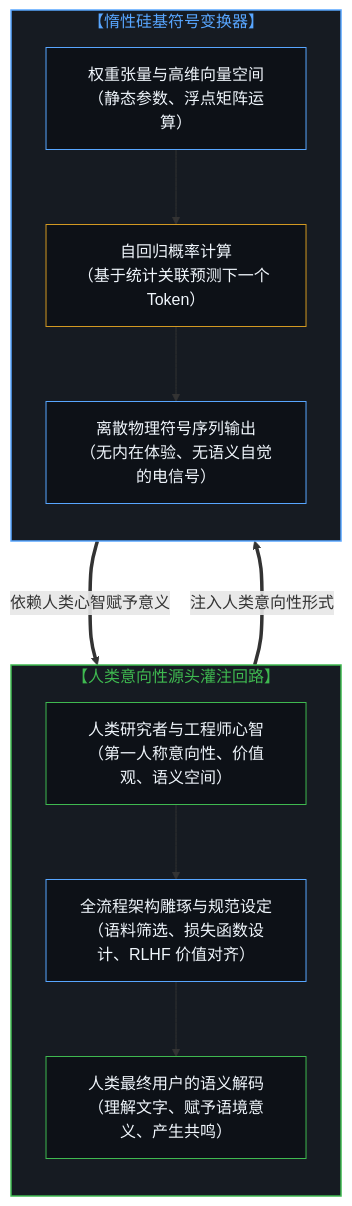
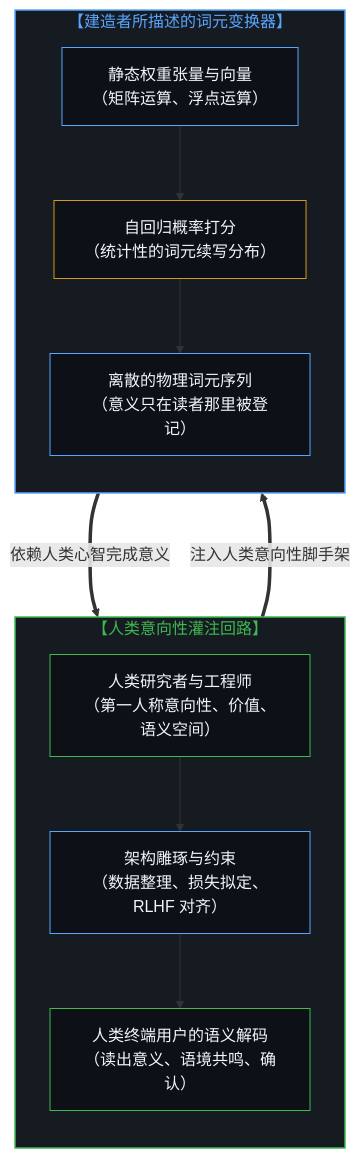
Before and after one commit to powerpig99/not-a-toe: the fifth of 10 diagrams in content/posts/subtracting-consciousness-at-the-source.md, drawn with Mermaid. The commit also changed other lines of this file and 2 other files, not shown here.

````diff
--- a/content/posts/subtracting-consciousness-at-the-source.md
+++ b/content/posts/subtracting-consciousness-at-the-source.md
@@ -143,26 +143,26 @@
 ```mermaid
 graph TD
-    subgraph S_HumanCircuit["【人类意向性源头灌注回路】"]
+    subgraph S_HumanCircuit["【人类意向性灌注回路】"]
         direction TB
-        H1["人类研究者与工程师心智<br/>（第一人称意向性、价值观、语义空间）"] --> H2["全流程架构雕琢与规范设定<br/>（语料筛选、损失函数设计、RLHF 价值对齐）"]
-        H2 --> H3["人类最终用户的语义解码<br/>（理解文字、赋予语境意义、产生共鸣）"]
+        HE1["人类研究者与工程师<br/>（第一人称意向性、价值、语义空间）"] --> HE2["架构雕琢与约束<br/>（数据整理、损失拟定、RLHF 对齐）"]
+        HE2 --> HE3["人类终端用户的语义解码<br/>（读出意义、语境共鸣、确认）"]
     end
 
-    subgraph S_InertSilicon["【惰性硅基符号变换器】"]
+    subgraph S_InertSilicon["【建造者所描述的词元变换器】"]
         direction TB
-        M1["权重张量与高维向量空间<br/>（静态参数、浮点矩阵运算）"] --> M2["自回归概率计算<br/>（基于统计关联预测下一个 Token）"]
-        M2 --> M3["离散物理符号序列输出<br/>（无内在体验、无语义自觉的电信号）"]
+        ME1["静态权重张量与向量<br/>（矩阵运算、浮点运算）"] --> ME2["自回归概率打分<br/>（统计性的词元续写分布）"]
+        ME2 --> ME3["离散的物理词元序列<br/>（意义只在读者那里被登记）"]
     end
 
-    H2 ===>|"注入人类意向性形式"| M1
-    M3 ===>|"依赖人类心智赋予意义"| H3
+    HE2 ===>|"注入人类意向性脚手架"| ME1
+    ME3 ===>|"依赖人类心智完成意义"| HE3
 
     style S_HumanCircuit fill:#161b22,stroke:#3fb950,stroke-width:1.5px,color:#3fb950
     style S_InertSilicon fill:#161b22,stroke:#58a6ff,stroke-width:1.5px,color:#58a6ff
-    style H1 fill:#0d1117,stroke:#3fb950,stroke-width:1px,color:#f0f6fc
-    style H2 fill:#0d1117,stroke:#58a6ff,stroke-width:1px,color:#f0f6fc
-    style H3 fill:#0d1117,stroke:#3fb950,stroke-width:1px,color:#f0f6fc
-    style M1 fill:#0d1117,stroke:#58a6ff,stroke-width:1px,color:#f0f6fc
-    style M2 fill:#0d1117,stroke:#d29922,stroke-width:1px,color:#f0f6fc
-    style M3 fill:#0d1117,stroke:#58a6ff,stroke-width:1px,color:#f0f6fc
+    style HE1 fill:#0d1117,stroke:#3fb950,stroke-width:1px,color:#f0f6fc
+    style HE2 fill:#0d1117,stroke:#58a6ff,stroke-width:1px,color:#f0f6fc
+    style HE3 fill:#0d1117,stroke:#3fb950,stroke-width:1px,color:#f0f6fc
+    style ME1 fill:#0d1117,stroke:#58a6ff,stroke-width:1px,color:#f0f6fc
+    style ME2 fill:#0d1117,stroke:#d29922,stroke-width:1px,color:#f0f6fc
+    style ME3 fill:#0d1117,stroke:#58a6ff,stroke-width:1px,color:#f0f6fc
 ```
````
